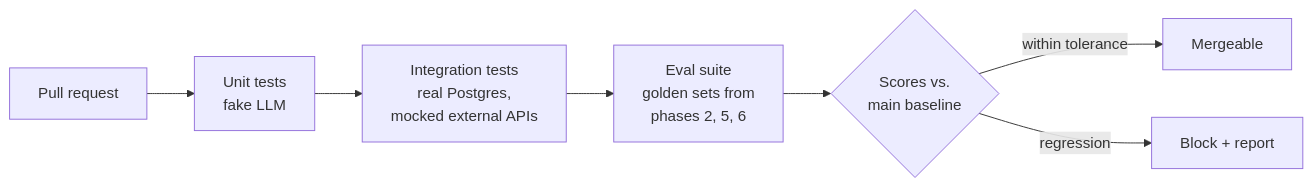
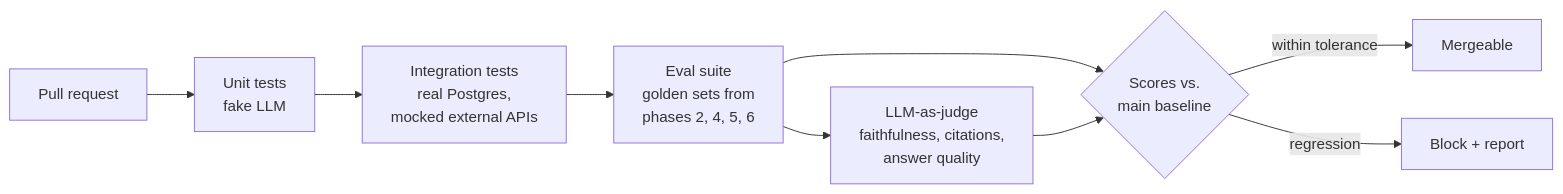
One commit to Anirudh1905/agentic-ai-chatbot changed the second of 2 diagrams in docs/phase-7-production-hardening.md. Above: the diagram before and after it, drawn with Mermaid. The commit also changed other lines of this file and 16 other files, not shown here.

````diff
--- a/docs/phase-7-production-hardening.md
+++ b/docs/phase-7-production-hardening.md
@@ -41,9 +41,11 @@
 ```mermaid
 flowchart LR
     PR[Pull request] --> Unit[Unit tests<br/>fake LLM]
     Unit --> Int[Integration tests<br/>real Postgres,<br/>mocked external APIs]
-    Int --> Eval[Eval suite<br/>golden sets from<br/>phases 2, 5, 6]
+    Int --> Eval[Eval suite<br/>golden sets from<br/>phases 2, 4, 5, 6]
     Eval --> Cmp{Scores vs.<br/>main baseline}
+    Eval --> Judge[LLM-as-judge<br/>faithfulness, citations,<br/>answer quality]
+    Judge --> Cmp
     Cmp -->|within tolerance| Merge[Mergeable]
     Cmp -->|regression| Block[Block + report]
 ```
````
